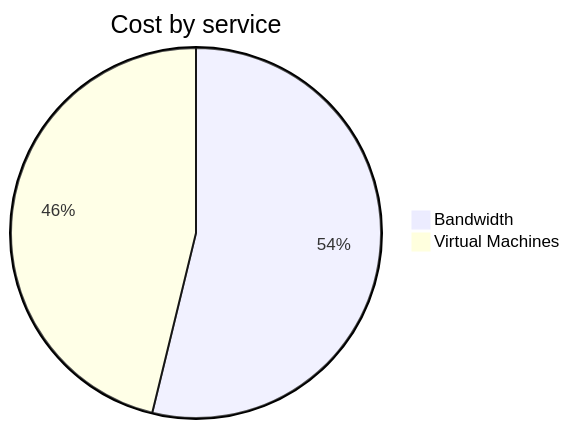
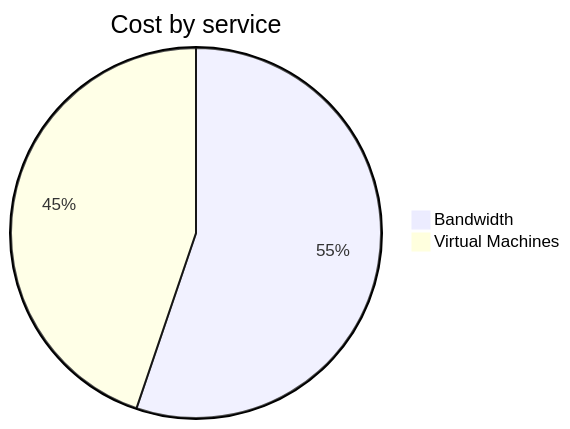
Before and after one commit to jpfulton/azure-personal-reports: the second of 4 diagrams in cost-reports/personal-network/vpn-server.md, drawn with Mermaid. The commit also changed other lines of this file and 8 other files, not shown here.

````diff
--- a/cost-reports/personal-network/vpn-server.md
+++ b/cost-reports/personal-network/vpn-server.md
@@ -96,6 +96,6 @@
 ```mermaid
 pie
    title Cost by service
-   "Bandwidth" : 5.45
-   "Virtual Machines" : 4.68
+   "Bandwidth" : 5.99
+   "Virtual Machines" : 4.86
 ```
````
